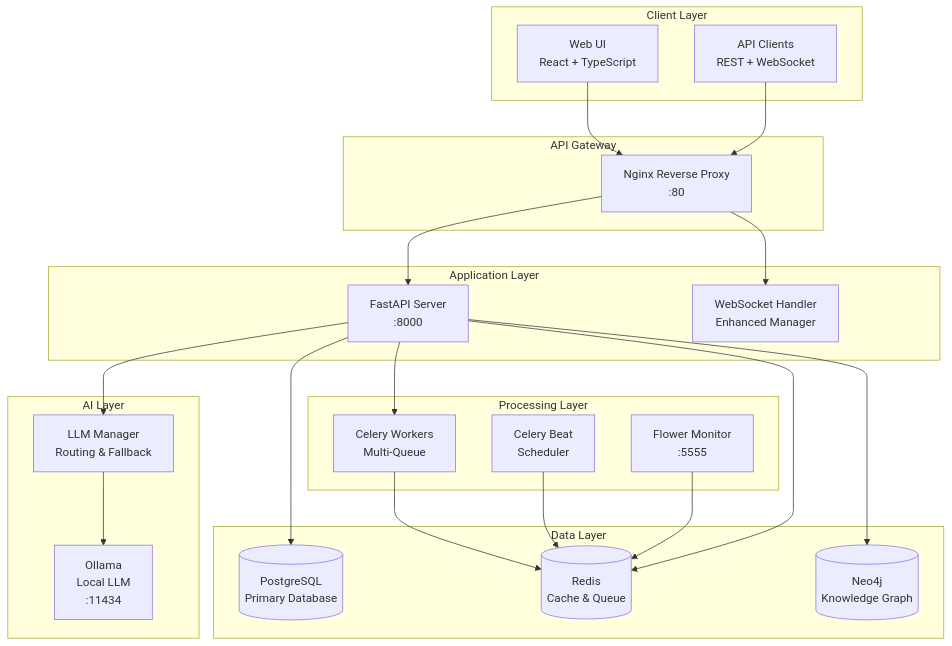
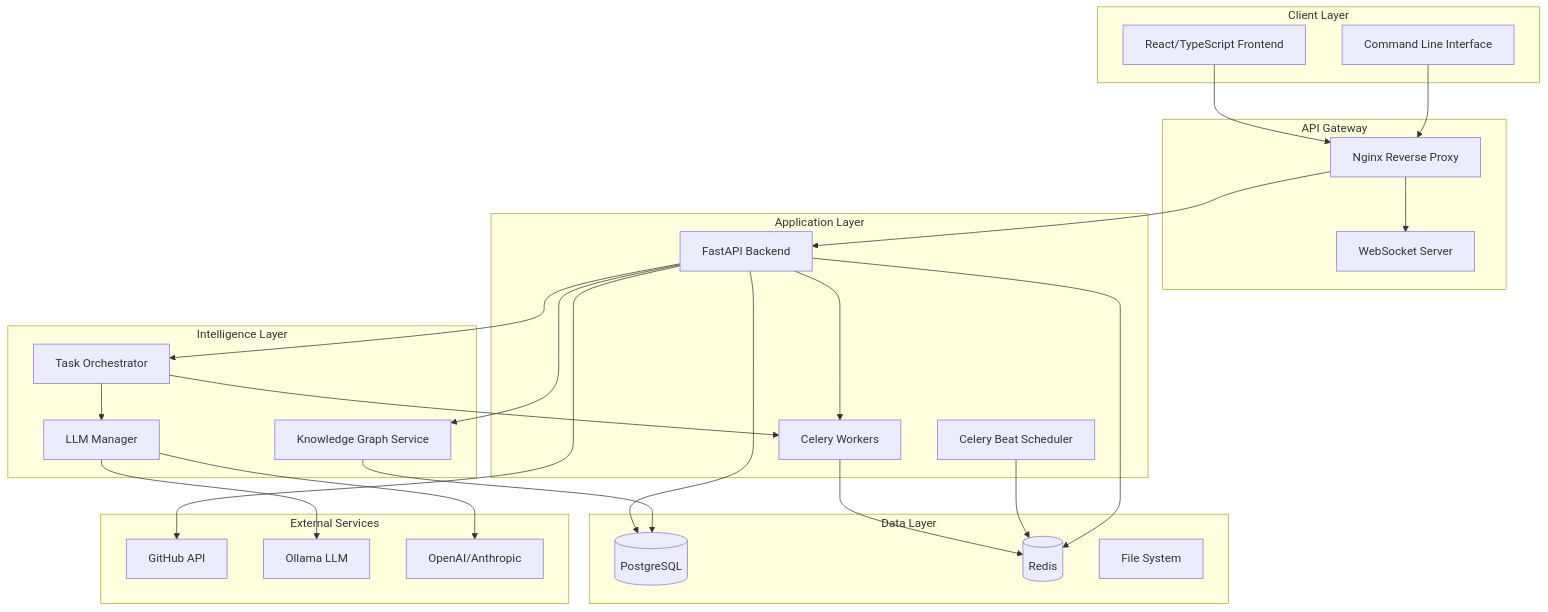
The first of 13 diagrams in architecture-diagrams.md (CrewWorkAI/docs), drawn with Mermaid before and after one commit. The commit also changed other lines of this file and 11 other files, not shown here.

First line of the commit message:
Adds initial architecture documentation

````diff
--- a/architecture-diagrams.md
+++ b/architecture-diagrams.md
@@ -29,47 +7,59 @@
 ```mermaid
-flowchart TB
+graph TB
     subgraph "Client Layer"
-        WEB[Web UI<br/>React + TypeScript]
-        API_CLIENT[API Clients<br/>REST + WebSocket]
+        UI[React/TypeScript Frontend]
+        CLI[Command Line Interface]
     end
     
     subgraph "API Gateway"
-        NGINX[Nginx Reverse Proxy<br/>:80]
+        NGINX[Nginx Reverse Proxy]
+        WS[WebSocket Server]
     end
     
     subgraph "Application Layer"
-        FASTAPI[FastAPI Server<br/>:8000]
-        WS[WebSocket Handler<br/>Enhanced Manager]
+        API[FastAPI Backend]
+        CELERY[Celery Workers]
+        BEAT[Celery Beat Scheduler]
     end
     
-    subgraph "Processing Layer"
-        CELERY[Celery Workers<br/>Multi-Queue]
-        BEAT[Celery Beat<br/>Scheduler]
-        FLOWER[Flower Monitor<br/>:5555]
+    subgraph "Intelligence Layer"
+        ORCH[Task Orchestrator]
+        KG[Knowledge Graph Service]
+        LLM[LLM Manager]
     end
     
     subgraph "Data Layer"
-        PG[(PostgreSQL<br/>Primary Database)]
-        REDIS[(Redis<br/>Cache & Queue)]
-        NEO4J[(Neo4j<br/>Knowledge Graph)]
+        PG[(PostgreSQL)]
+        REDIS[(Redis)]
+        FS[File System]
     end
     
-    subgraph "AI Layer"
-        OLLAMA[Ollama<br/>Local LLM<br/>:11434]
-        LLM[LLM Manager<br/>Routing & Fallback]
+    subgraph "External Services"
+        GH[GitHub API]
+        OLLAMA[Ollama LLM]
+        OPENAI[OpenAI/Anthropic]
     end
     
-    WEB --> NGINX
-    API_CLIENT --> NGINX
-    NGINX --> FASTAPI
+    UI --> NGINX
+    CLI --> NGINX
+    NGINX --> API
     NGINX --> WS
-    FASTAPI --> CELERY
+    
+    API --> ORCH
+    API --> KG
+    API --> CELERY
+    
+    ORCH --> LLM
+    ORCH --> CELERY
+    
     CELERY --> REDIS
     BEAT --> REDIS
-    FLOWER --> REDIS
-    FASTAPI --> PG
-    FASTAPI --> REDIS
-    FASTAPI --> NEO4J
-    FASTAPI --> LLM
+    
+    API --> PG
+    API --> REDIS
+    KG --> PG
+    
     LLM --> OLLAMA
+    LLM --> OPENAI
+    API --> GH
 ```
````
